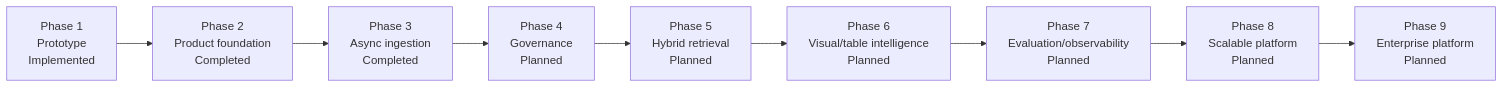
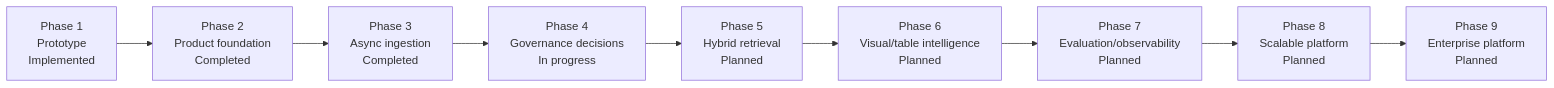
One commit to mvyas412/ai-projects changed the second of 11 diagrams in mm-rag-full-stack-genai-bootcamp-3.0/docs/architecture/ARCHITECTURE.md. Above: the diagram before and after it, drawn with Mermaid. The commit also changed other lines of this file and 10 other files, not shown here.

Commit message:
docs(mm-rag): start Phase 4 governance decisions

````diff
--- a/mm-rag-full-stack-genai-bootcamp-3.0/docs/architecture/ARCHITECTURE.md
+++ b/mm-rag-full-stack-genai-bootcamp-3.0/docs/architecture/ARCHITECTURE.md
@@ -163,12 +164,12 @@
 ```mermaid
 flowchart LR
     p1["Phase 1<br/>Prototype<br/>Implemented"] -->
     p2["Phase 2<br/>Product foundation<br/>Completed"] -->
     p3["Phase 3<br/>Async ingestion<br/>Completed"] -->
-    p4["Phase 4<br/>Governance<br/>Planned"] -->
+    p4["Phase 4<br/>Governance decisions<br/>In progress"] -->
     p5["Phase 5<br/>Hybrid retrieval<br/>Planned"] -->
     p6["Phase 6<br/>Visual/table intelligence<br/>Planned"] -->
     p7["Phase 7<br/>Evaluation/observability<br/>Planned"] -->
     p8["Phase 8<br/>Scalable platform<br/>Planned"] -->
     p9["Phase 9<br/>Enterprise platform<br/>Planned"]
 ```
````
